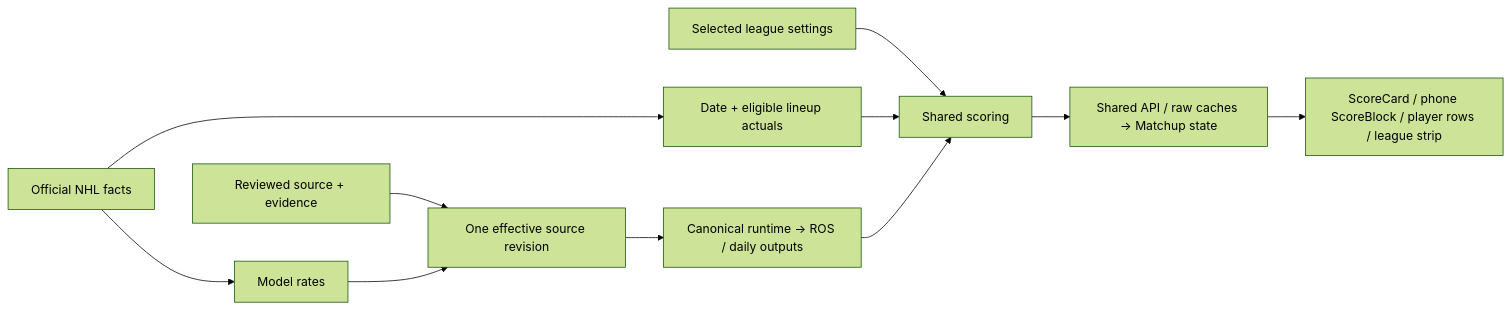
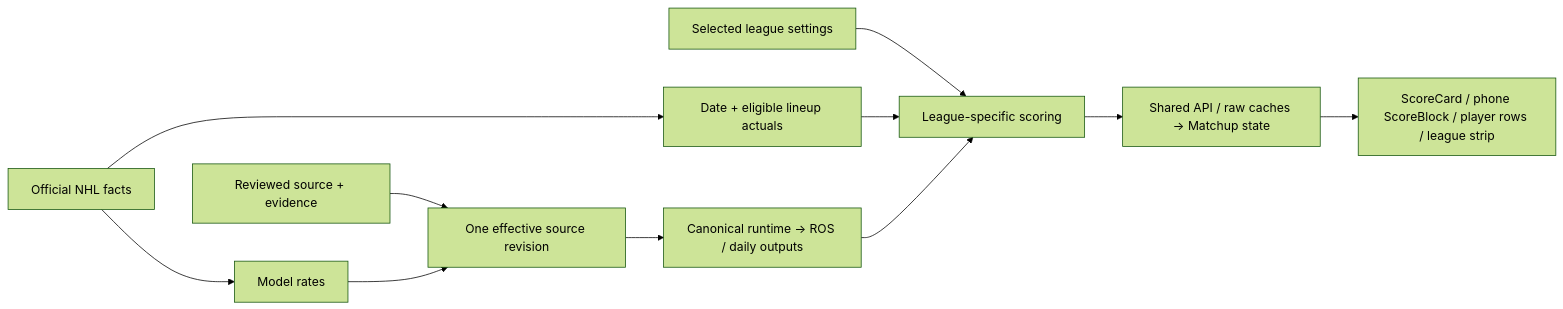
Before and after one commit to Gstormsfh/citrus-league-storm-main: the diagram in scripts/ops/projection-retirement/CUTOVER.md, drawn with Mermaid (forest theme). The commit also changed other lines of this file and 2 other files, not shown here.

Commit message:
docs(scoring): clarify independent league settings and retirement scope

````diff
--- a/scripts/ops/projection-retirement/CUTOVER.md
+++ b/scripts/ops/projection-retirement/CUTOVER.md
@@ -5,13 +5,13 @@
 ```mermaid
 flowchart LR
  F[Official NHL facts] --> A[Date + eligible lineup actuals]
  F --> M[Model rates]
  R[Reviewed source + evidence] --> C[One effective source revision]
  M --> C
  C --> P[Canonical runtime → ROS / daily outputs]
- L[Selected league settings] --> S[Shared scoring]
+ L[Selected league settings] --> S[League-specific scoring]
  A --> S
  P --> S
  S --> U[Shared API / raw caches → Matchup state]
  U --> V[ScoreCard / phone ScoreBlock / player rows / league strip]
 ```
````
